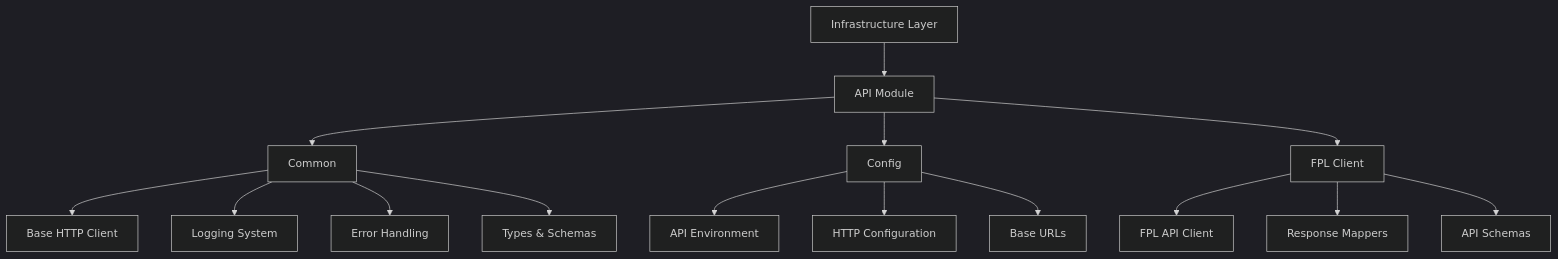
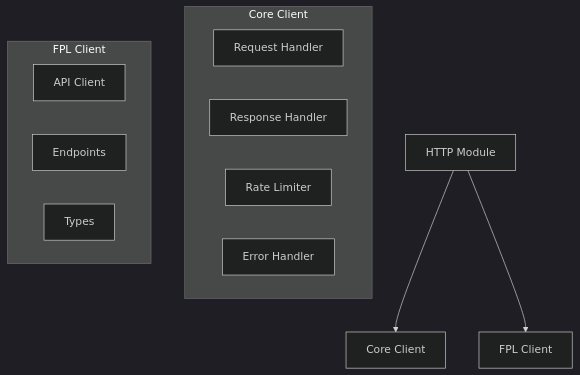
Before and after one commit to tonglam/letletme_data: the first of 7 diagrams in documentation/design/Infrastructure_Layer_Design.md, drawn with Mermaid (dark theme). The commit also changed other lines of this file and 15 other files, not shown here.

First line of the commit message:
Refactor API and Service Layers with Enhanced Type Safety and Error Handling

````diff
--- a/documentation/design/Infrastructure_Layer_Design.md
+++ b/documentation/design/Infrastructure_Layer_Design.md
@@ -7,20 +33,18 @@
 ```mermaid
 graph TD
-    A[Infrastructure Layer] --> B[API Module]
-    B --> C[Common]
-    B --> D[Config]
-    B --> E[FPL Client]
+    A[HTTP Module] --> B[Core Client]
+    A --> C[FPL Client]
 
-    C --> F[Base HTTP Client]
-    C --> G[Logging System]
-    C --> H[Error Handling]
-    C --> I[Types & Schemas]
+    subgraph Core Client
+        D[Request Handler]
+        E[Response Handler]
+        F[Rate Limiter]
+        G[Error Handler]
+    end
 
-    D --> J[API Environment]
-    D --> K[HTTP Configuration]
-    D --> L[Base URLs]
-
-    E --> M[FPL API Client]
-    E --> N[Response Mappers]
-    E --> O[API Schemas]
+    subgraph FPL Client
+        H[API Client]
+        I[Endpoints]
+        J[Types]
+    end
 ```
````
